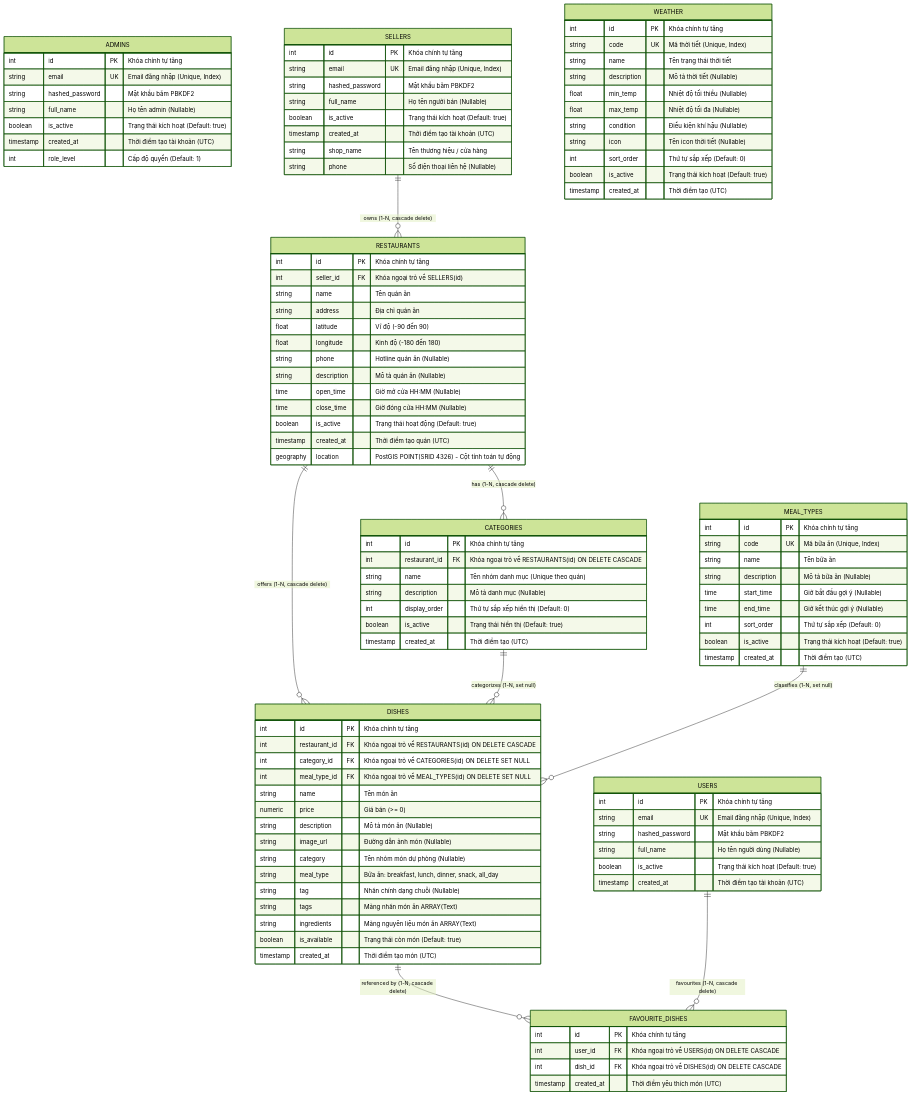
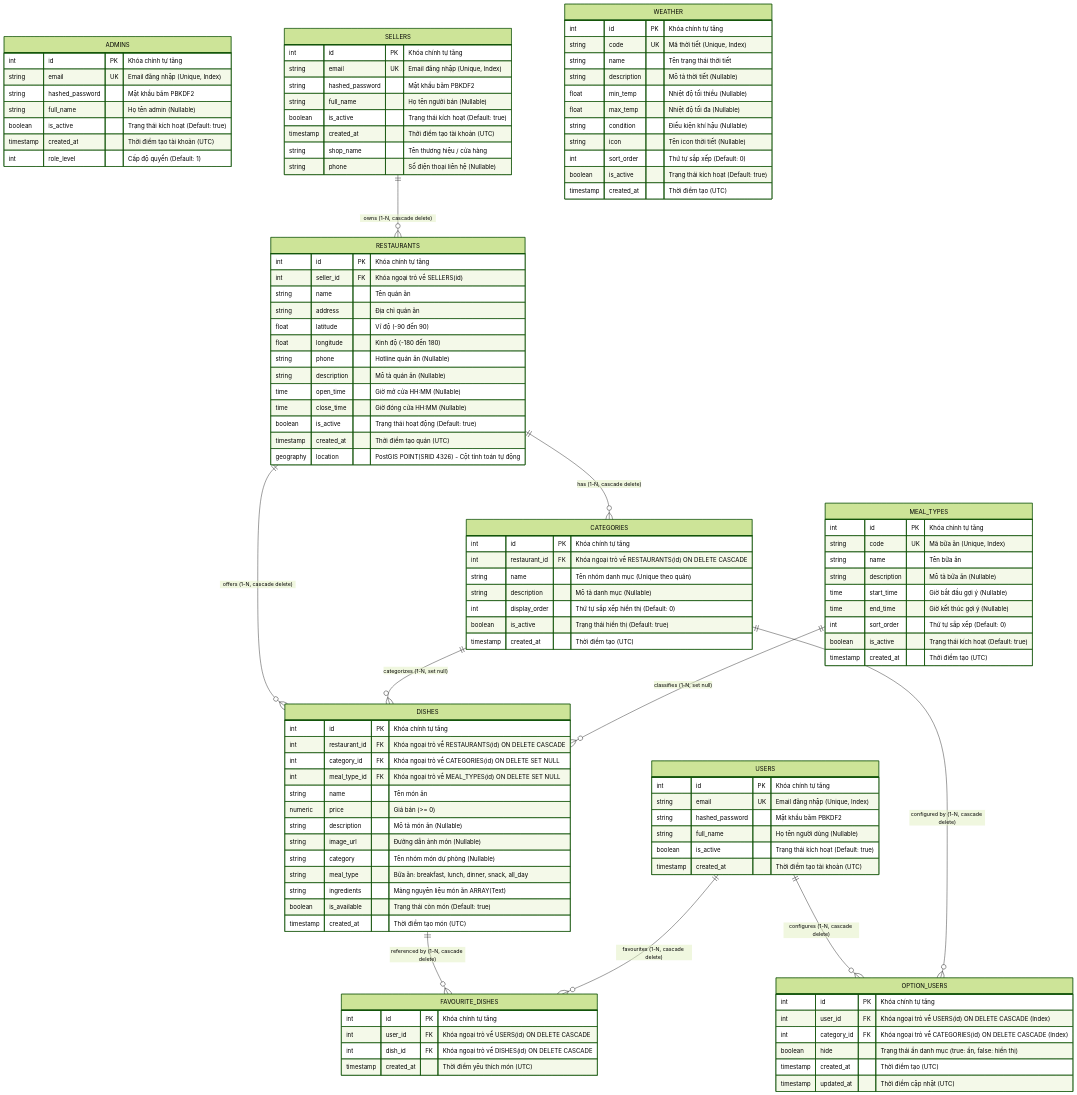
The diagram in docs/database.md (TrnThanh/Test), drawn with Mermaid (forest theme) before and after one commit. The commit also changed other lines of this file and 36 other files, not shown here.

Commit message:
feat: chuan hoa luong nghiep vu Guest/User/Seller/Admin, hoan thien option_user va Flutter Web/Mobile UI

```diff
--- a/docs/database.md
+++ b/docs/database.md
@@ -123,14 +123,22 @@
         string image_url "Đường dẫn ảnh món (Nullable)"
         string category "Tên nhóm món dự phòng (Nullable)"
         string meal_type "Bữa ăn: breakfast, lunch, dinner, snack, all_day"
-        string tag "Nhãn chính dạng chuỗi (Nullable)"
-        string tags "Mảng nhãn món ăn ARRAY(Text)"
         string ingredients "Mảng nguyên liệu món ăn ARRAY(Text)"
         boolean is_available "Trạng thái còn món (Default: true)"
         timestamp created_at "Thời điểm tạo món (UTC)"
     }
 
     USERS ||--o{ FAVOURITE_DISHES : "favourites (1-N, cascade delete)"
+    USERS ||--o{ OPTION_USERS : "configures (1-N, cascade delete)"
+    CATEGORIES ||--o{ OPTION_USERS : "configured by (1-N, cascade delete)"
+    OPTION_USERS {
+        int id PK "Khóa chính tự tăng"
+        int user_id FK "Khóa ngoại trỏ về USERS(id) ON DELETE CASCADE (Index)"
+        int category_id FK "Khóa ngoại trỏ về CATEGORIES(id) ON DELETE CASCADE (Index)"
+        boolean hide "Trạng thái ẩn danh mục (true: ẩn, false: hiển thị)"
+        timestamp created_at "Thời điểm tạo (UTC)"
+        timestamp updated_at "Thời điểm cập nhật (UTC)"
+    }
     FAVOURITE_DISHES {
         int id PK "Khóa chính tự tăng"
         int user_id FK "Khóa ngoại trỏ về USERS(id) ON DELETE CASCADE"
```
